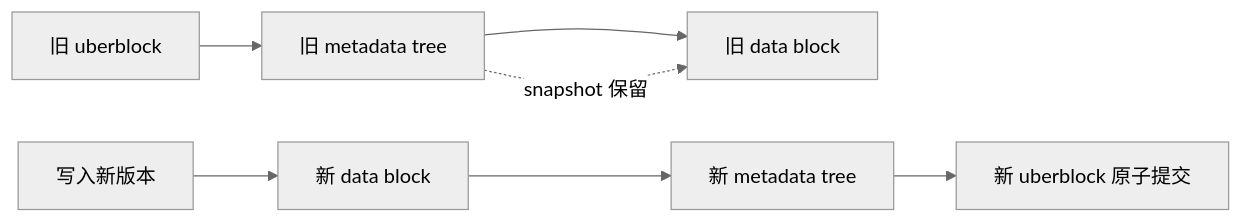
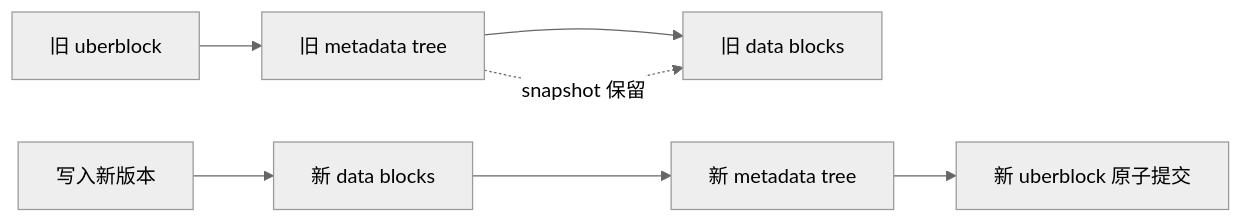
The fifth of 7 diagrams in ai-infra-tutorial/part0-foundations-of-systems/0c-filesystems-and-storage-internals.md (qxhy123/learn), drawn with Mermaid (neutral theme) before and after one commit. The commit also changed other lines of this file and 39 other files, not shown here.

First line of the commit message:
Split Part 0a CPU microarchitecture into 8 deep-dive chapters

````diff
--- a/ai-infra-tutorial/part0-foundations-of-systems/0c-filesystems-and-storage-internals.md
+++ b/ai-infra-tutorial/part0-foundations-of-systems/0c-filesystems-and-storage-internals.md
@@ -136,9 +311,9 @@
 ```mermaid
 flowchart LR
-  A[旧 uberblock] --> B[旧 metadata tree]
-  B --> C[旧 data block]
-  W[写入新版本] --> D[新 data block]
-  D --> E[新 metadata tree]
-  E --> F[新 uberblock 原子提交]
-  B -. snapshot 保留 .-> C
+  U1[旧 uberblock] --> T1[旧 metadata tree]
+  T1 --> D1[旧 data blocks]
+  W[写入新版本] --> D2[新 data blocks]
+  D2 --> T2[新 metadata tree]
+  T2 --> U2[新 uberblock 原子提交]
+  T1 -. snapshot 保留 .-> D1
 ```
````
